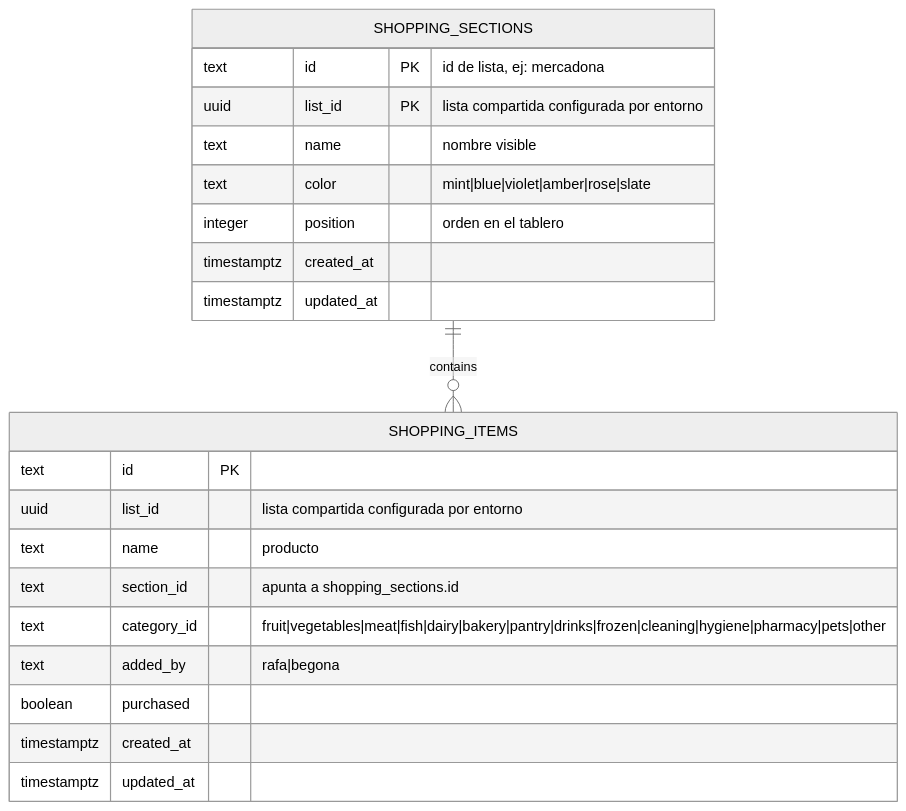
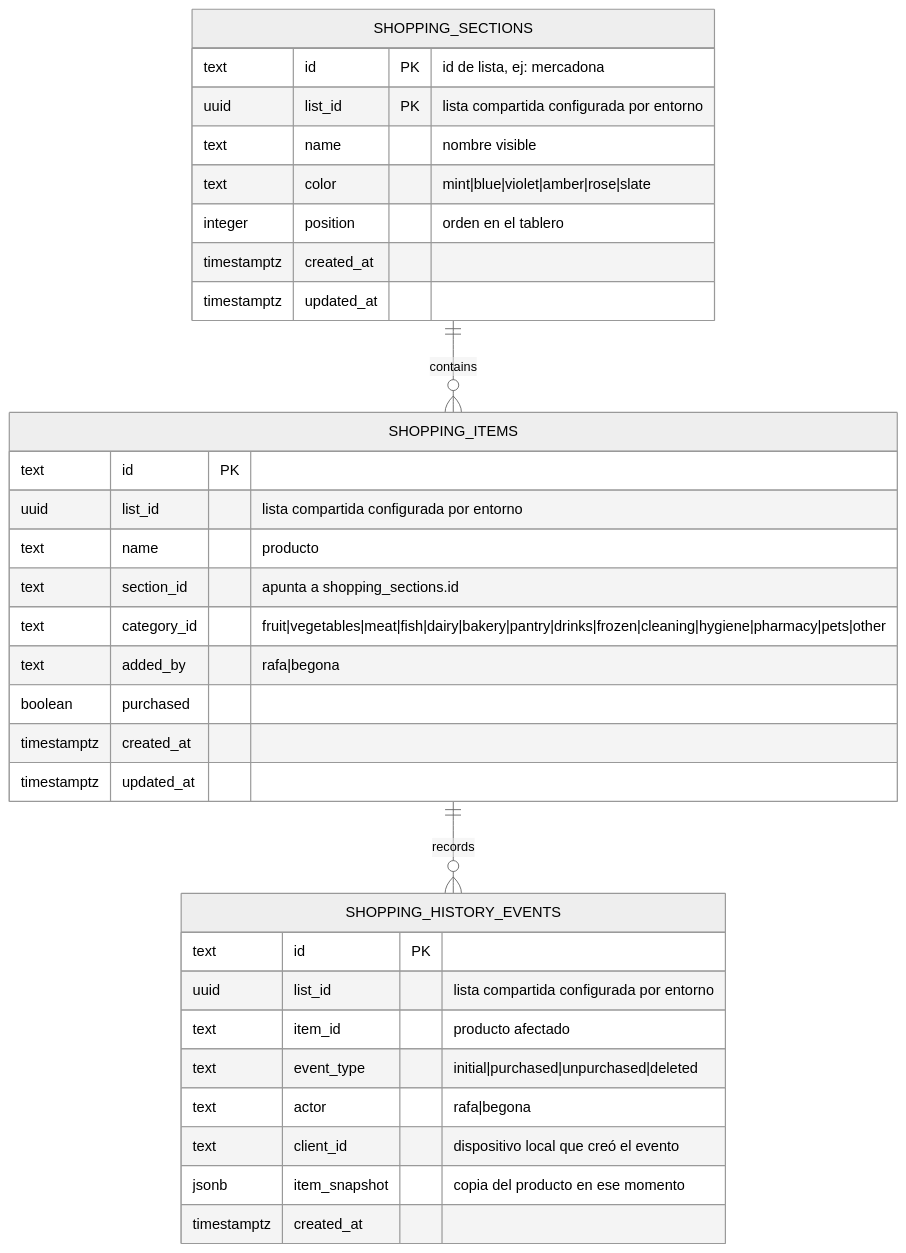
The diagram in docs/database-schema.md (ralph1985/jucart), drawn with Mermaid (neutral theme) before and after one commit. The commit also changed other lines of this file and 13 other files, not shown here.

Commit message:
feat: add shopping history

````diff
--- a/docs/database-schema.md
+++ b/docs/database-schema.md
@@ -9,26 +9,38 @@
 ```mermaid
 erDiagram
   SHOPPING_SECTIONS ||--o{ SHOPPING_ITEMS : contains
+  SHOPPING_ITEMS ||--o{ SHOPPING_HISTORY_EVENTS : records
 
   SHOPPING_SECTIONS {
     text id PK "id de lista, ej: mercadona"
     uuid list_id PK "lista compartida configurada por entorno"
     text name "nombre visible"
     text color "mint|blue|violet|amber|rose|slate"
     integer position "orden en el tablero"
     timestamptz created_at
     timestamptz updated_at
   }
 
   SHOPPING_ITEMS {
     text id PK
     uuid list_id "lista compartida configurada por entorno"
     text name "producto"
     text section_id "apunta a shopping_sections.id"
     text category_id "fruit|vegetables|meat|fish|dairy|bakery|pantry|drinks|frozen|cleaning|hygiene|pharmacy|pets|other"
     text added_by "rafa|begona"
     boolean purchased
     timestamptz created_at
     timestamptz updated_at
   }
+
+  SHOPPING_HISTORY_EVENTS {
+    text id PK
+    uuid list_id "lista compartida configurada por entorno"
+    text item_id "producto afectado"
+    text event_type "initial|purchased|unpurchased|deleted"
+    text actor "rafa|begona"
+    text client_id "dispositivo local que creó el evento"
+    jsonb item_snapshot "copia del producto en ese momento"
+    timestamptz created_at
+  }
 ```
````
